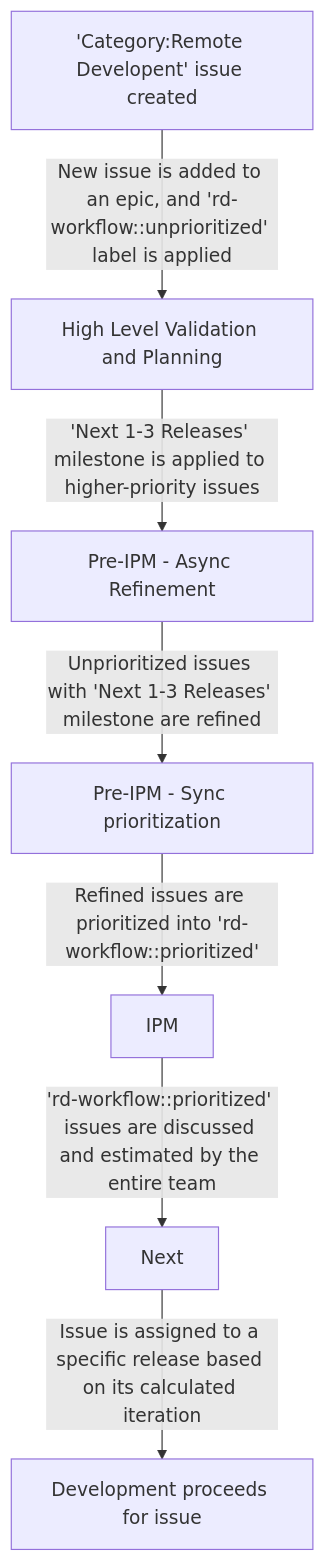
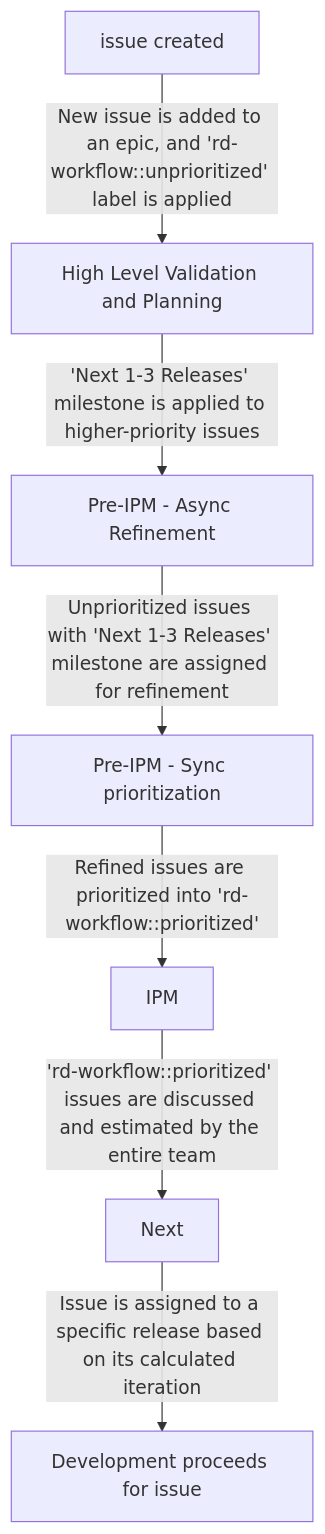
The diagram in content/handbook/engineering/development/dev/create/ide/_index.md (secretstartups/handbook), drawn with Mermaid before and after one commit. The commit also changed other lines of this file, not shown here.

Commit message:
Update IDE group for Web IDE category planning

````diff
--- a/content/handbook/engineering/development/dev/create/ide/_index.md
+++ b/content/handbook/engineering/development/dev/create/ide/_index.md
@@ -234,9 +182,9 @@
 ```mermaid
 graph TD;
-  S['Category:Remote Developent' issue created] -->|New issue is added to an epic, and 'rd-workflow::unprioritized' label is applied| V[High Level Validation and Planning]
+  S[issue created] -->|New issue is added to an epic, and 'rd-workflow::unprioritized' label is applied| V[High Level Validation and Planning]
   V -->|'Next 1-3 Releases' milestone is applied to higher-priority issues| R[Pre-IPM - Async Refinement]
-  R -->|Unprioritized issues with 'Next 1-3 Releases' milestone are refined| P[Pre-IPM - Sync prioritization]
+  R -->|Unprioritized issues with 'Next 1-3 Releases' milestone are assigned for refinement| P[Pre-IPM - Sync prioritization]
   P -->|Refined issues are prioritized into 'rd-workflow::prioritized'| I[IPM]
   I -->|'rd-workflow::prioritized' issues are discussed and estimated by the entire team| N[Next]
   N -->|Issue is assigned to a specific release based on its calculated iteration| E[Development proceeds for issue]
 ```
````
